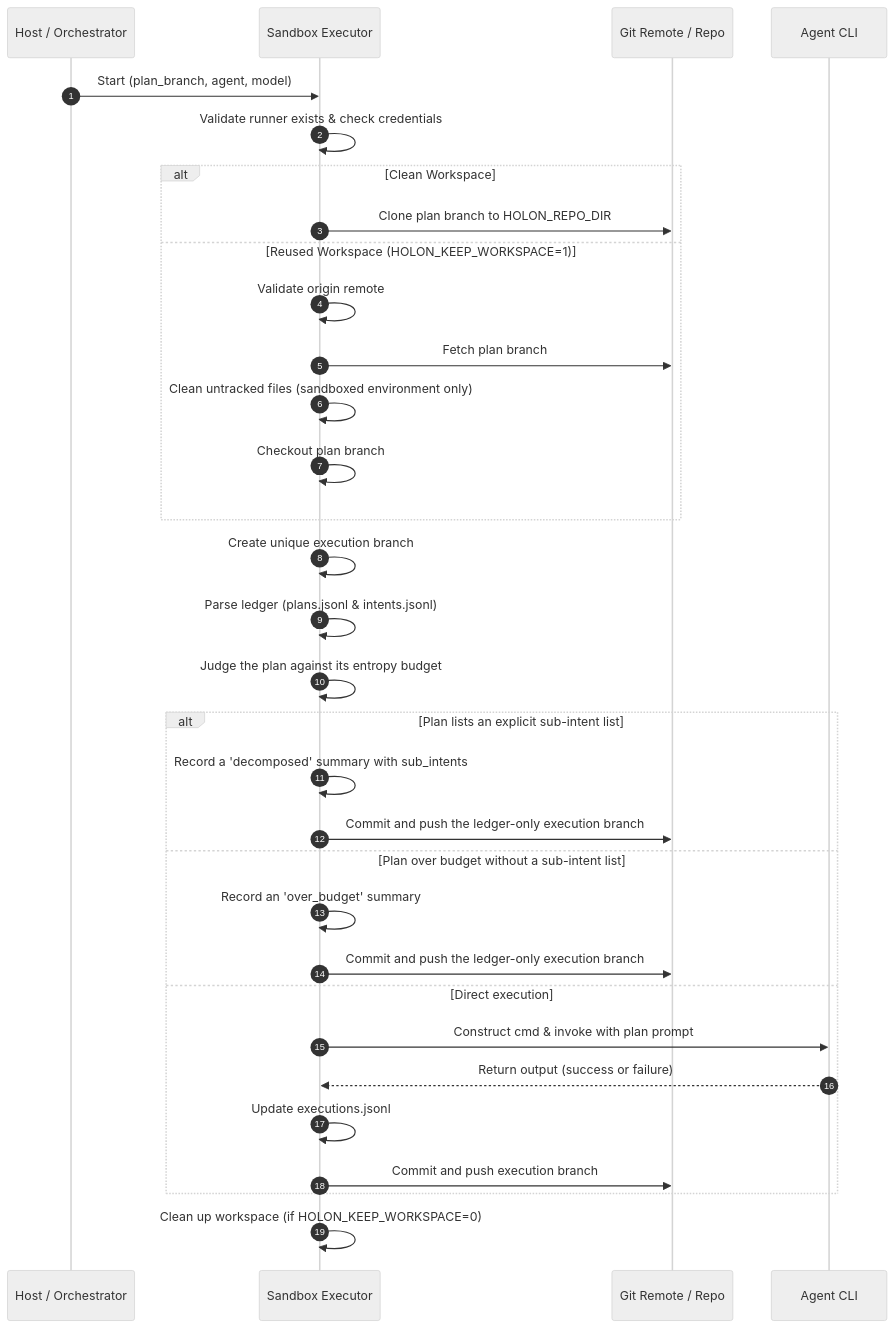
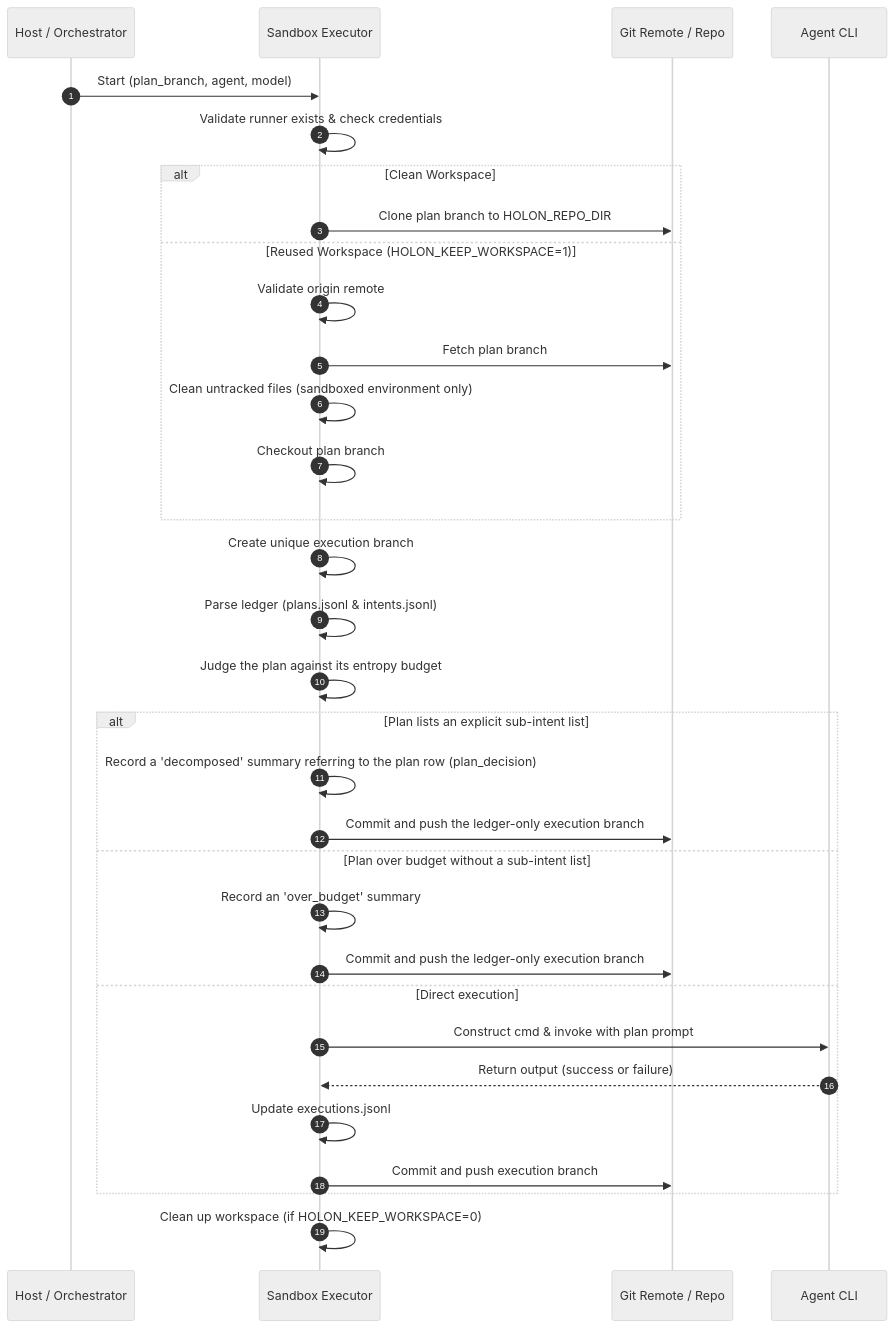
Before and after one commit to Holon-Agentic-Coder/holon-agentic-coder: the second of 2 diagrams in docs/executor/execution_architecture_specification.md, drawn with Mermaid (neutral theme). The commit also changed other lines of this file and 65 other files, not shown here.

First line of the commit message:
feat(flow): the plan decides decomposition; children nest under and merge into the plan branch; a combined PR reaches main (#158)

````diff
--- a/docs/executor/execution_architecture_specification.md
+++ b/docs/executor/execution_architecture_specification.md
@@ -36,35 +36,35 @@
 ```mermaid
 sequenceDiagram
     autonumber
     participant Host as Host / Orchestrator
     participant Exec as Sandbox Executor
     participant Git as Git Remote / Repo
     participant Agent as Agent CLI
 
     Host->>Exec: Start (plan_branch, agent, model)
     Exec->>Exec: Validate runner exists & check credentials
     alt Clean Workspace
         Exec->>Git: Clone plan branch to HOLON_REPO_DIR
     else Reused Workspace (HOLON_KEEP_WORKSPACE=1)
         Exec->>Exec: Validate origin remote
         Exec->>Git: Fetch plan branch
         Exec->>Exec: Clean untracked files (sandboxed environment only)
         Exec->>Exec: Checkout plan branch
     end
     Exec->>Exec: Create unique execution branch
     Exec->>Exec: Parse ledger (plans.jsonl & intents.jsonl)
     Exec->>Exec: Judge the plan against its entropy budget
     alt Plan lists an explicit sub-intent list
-        Exec->>Exec: Record a 'decomposed' summary with sub_intents
+        Exec->>Exec: Record a 'decomposed' summary referring to the plan row (plan_decision)
         Exec->>Git: Commit and push the ledger-only execution branch
     else Plan over budget without a sub-intent list
         Exec->>Exec: Record an 'over_budget' summary
         Exec->>Git: Commit and push the ledger-only execution branch
     else Direct execution
         Exec->>Agent: Construct cmd & invoke with plan prompt
         Agent-->>Exec: Return output (success or failure)
         Exec->>Exec: Update executions.jsonl
         Exec->>Git: Commit and push execution branch
     end
     Exec->>Exec: Clean up workspace (if HOLON_KEEP_WORKSPACE=0)
 ```
````
